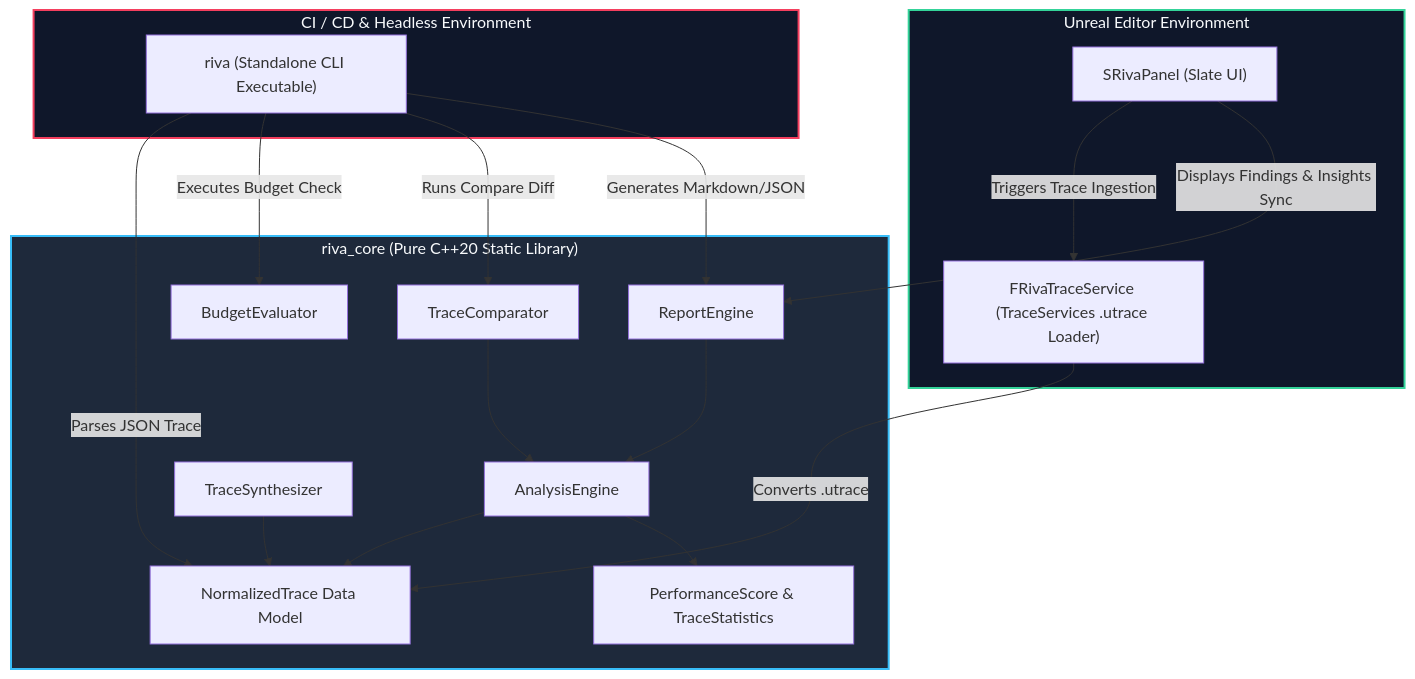
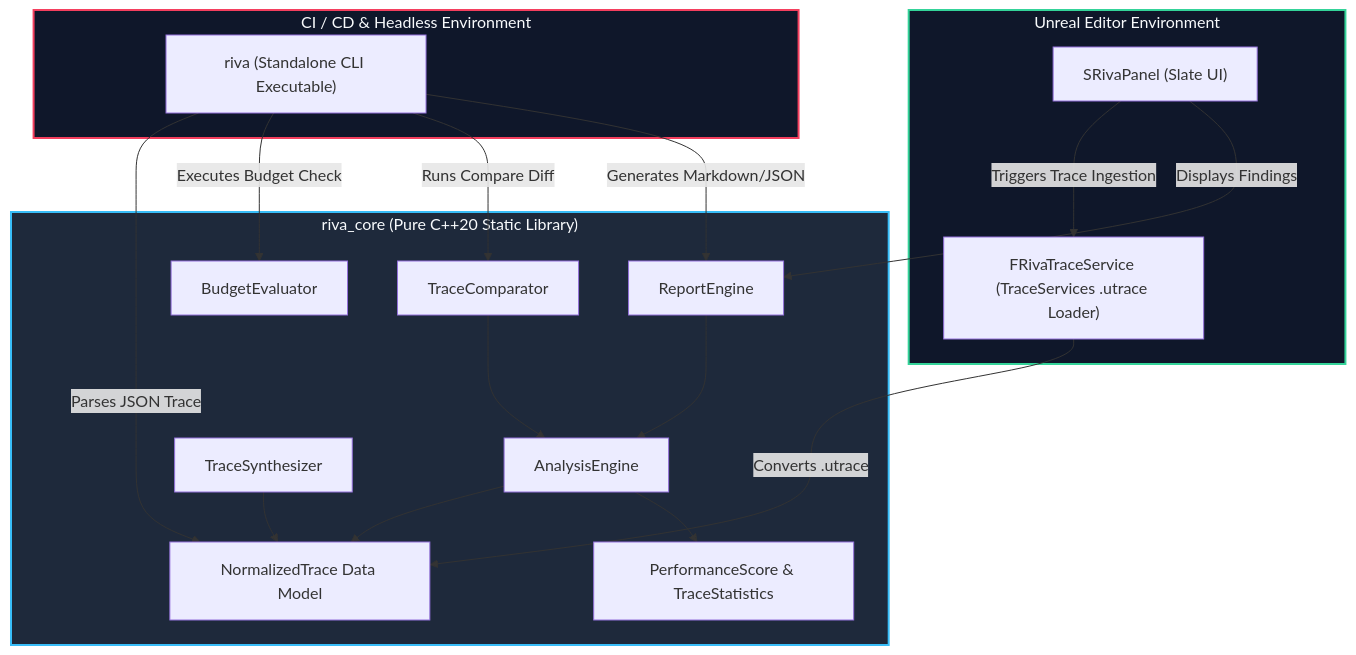
Before and after one commit to DarwinStylish/Riva: the first of 3 diagrams in docs/architecture/system-overview.md, drawn with Mermaid. The commit also changed other lines of this file and 180 other files, not shown here.

````diff
--- a/docs/architecture/system-overview.md
+++ b/docs/architecture/system-overview.md
@@ -11,39 +10,39 @@
 ```mermaid
 graph TD
     subgraph UE_Plugin["Unreal Editor Environment"]
         UI["SRivaPanel (Slate UI)"]
         TS["FRivaTraceService (TraceServices .utrace Loader)"]
         UI -->|Triggers Trace Ingestion| TS
     end
 
     subgraph CLI_Env["CI / CD & Headless Environment"]
         CLI["riva (Standalone CLI Executable)"]
     end
 
     subgraph Core_Lib["riva_core (Pure C++20 Static Library)"]
         NT["NormalizedTrace Data Model"]
         AE["AnalysisEngine"]
         TC["TraceComparator"]
         BE["BudgetEvaluator"]
         RE["ReportEngine"]
         TSy["TraceSynthesizer"]
         PS["PerformanceScore & TraceStatistics"]
         
         AE --> NT
         AE --> PS
         TC --> AE
         RE --> AE
         TSy --> NT
     end
 
     TS -->|Converts .utrace| NT
     CLI -->|Parses JSON Trace| NT
     CLI -->|Executes Budget Check| BE
     CLI -->|Runs Compare Diff| TC
     CLI -->|Generates Markdown/JSON| RE
-    UI -->|Displays Findings & Insights Sync| RE
+    UI -->|Displays Findings| RE
 
     style Core_Lib fill:#1E293B,stroke:#38BDF8,stroke-width:2px,color:#F8FAFC
     style UE_Plugin fill:#0F172A,stroke:#34D399,stroke-width:2px,color:#F8FAFC
     style CLI_Env fill:#0F172A,stroke:#F43F5E,stroke-width:2px,color:#F8FAFC
 ```
````
